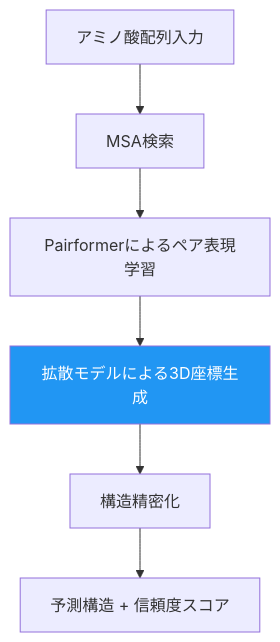
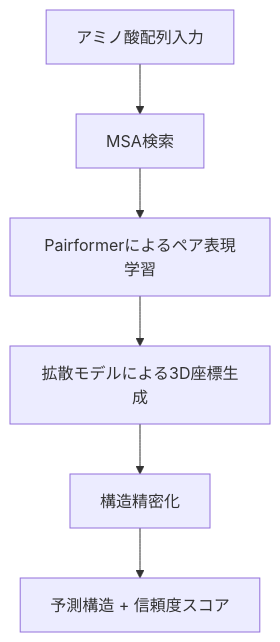
One commit to 0h-n0/zenn-contents changed the second of 2 diagrams in articles/244adaf3ac915e.md. Above: the diagram before and after it, drawn with Mermaid. The commit also changed other lines of this file and 13 other files, not shown here.

First line of the commit message:
fix: Mermaidダイアグラムのカスタムスタイル(fill/stroke/color)を削除

````diff
--- a/articles/244adaf3ac915e.md
+++ b/articles/244adaf3ac915e.md
@@ -251,10 +245,9 @@
 ```mermaid
 graph TB
     A[アミノ酸配列入力] --> B[MSA検索]
     B --> C[Pairformerによるペア表現学習]
     C --> D[拡散モデルによる3D座標生成]
     D --> E[構造精密化]
     E --> F[予測構造 + 信頼度スコア]
 
-    style D fill:#2196F3,color:#fff
 ```
````
